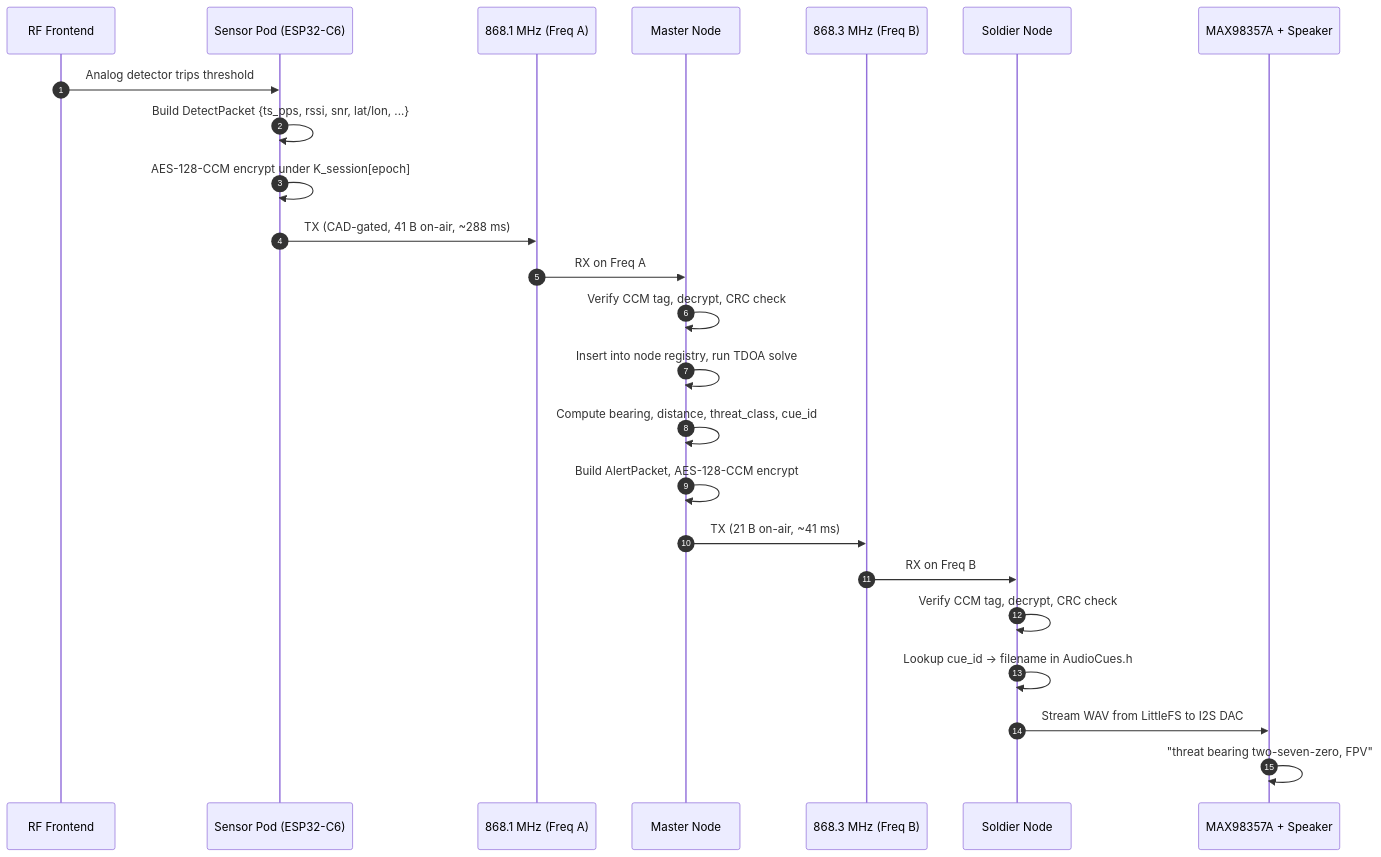
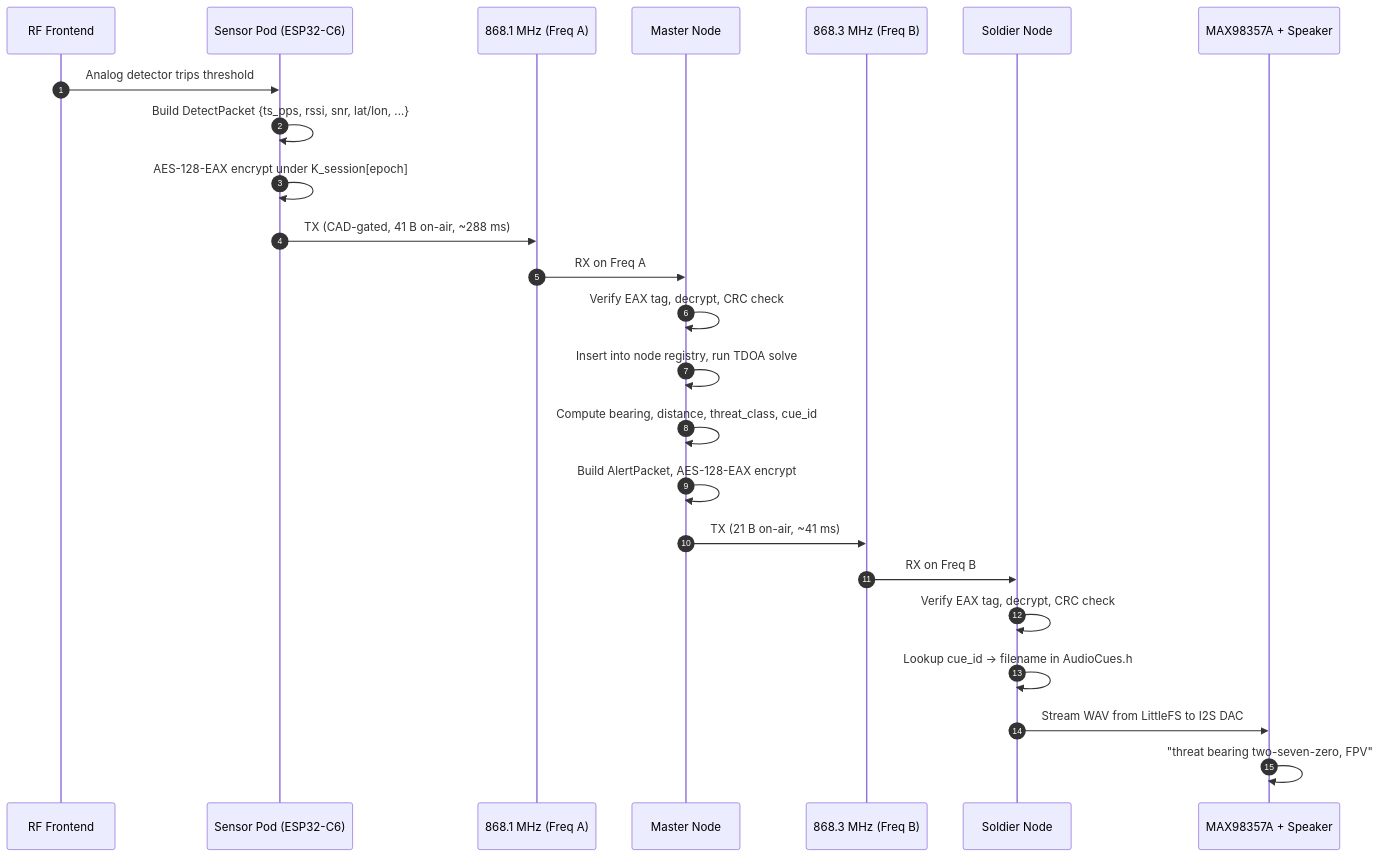
One commit to selectdimensions/Hackathon changed the second of 4 diagrams in ARCHITECTURE.md. Above: the diagram before and after it, drawn with Mermaid. The commit also changed 11 other files, not shown here.

First line of the commit message:
crypto: switch AEAD from AES-128-CCM to AES-128-EAX

````diff
--- a/ARCHITECTURE.md
+++ b/ARCHITECTURE.md
@@ -34,27 +34,27 @@
 ```mermaid
 sequenceDiagram
     autonumber
     participant RF as RF Frontend
     participant Pod as Sensor Pod (ESP32-C6)
     participant LoRaA as 868.1 MHz (Freq A)
     participant Master as Master Node
     participant LoRaB as 868.3 MHz (Freq B)
     participant Soldier as Soldier Node
     participant I2S as MAX98357A + Speaker
 
     RF->>Pod: Analog detector trips threshold
     Pod->>Pod: Build DetectPacket {ts_pps, rssi, snr, lat/lon, ...}
-    Pod->>Pod: AES-128-CCM encrypt under K_session[epoch]
+    Pod->>Pod: AES-128-EAX encrypt under K_session[epoch]
     Pod->>LoRaA: TX (CAD-gated, 41 B on-air, ~288 ms)
     LoRaA->>Master: RX on Freq A
-    Master->>Master: Verify CCM tag, decrypt, CRC check
+    Master->>Master: Verify EAX tag, decrypt, CRC check
     Master->>Master: Insert into node registry, run TDOA solve
     Master->>Master: Compute bearing, distance, threat_class, cue_id
-    Master->>Master: Build AlertPacket, AES-128-CCM encrypt
+    Master->>Master: Build AlertPacket, AES-128-EAX encrypt
     Master->>LoRaB: TX (21 B on-air, ~41 ms)
     LoRaB->>Soldier: RX on Freq B
-    Soldier->>Soldier: Verify CCM tag, decrypt, CRC check
+    Soldier->>Soldier: Verify EAX tag, decrypt, CRC check
     Soldier->>Soldier: Lookup cue_id → filename in AudioCues.h
     Soldier->>I2S: Stream WAV from LittleFS to I2S DAC
     I2S->>I2S: "threat bearing two-seven-zero, FPV"
 ```
````
